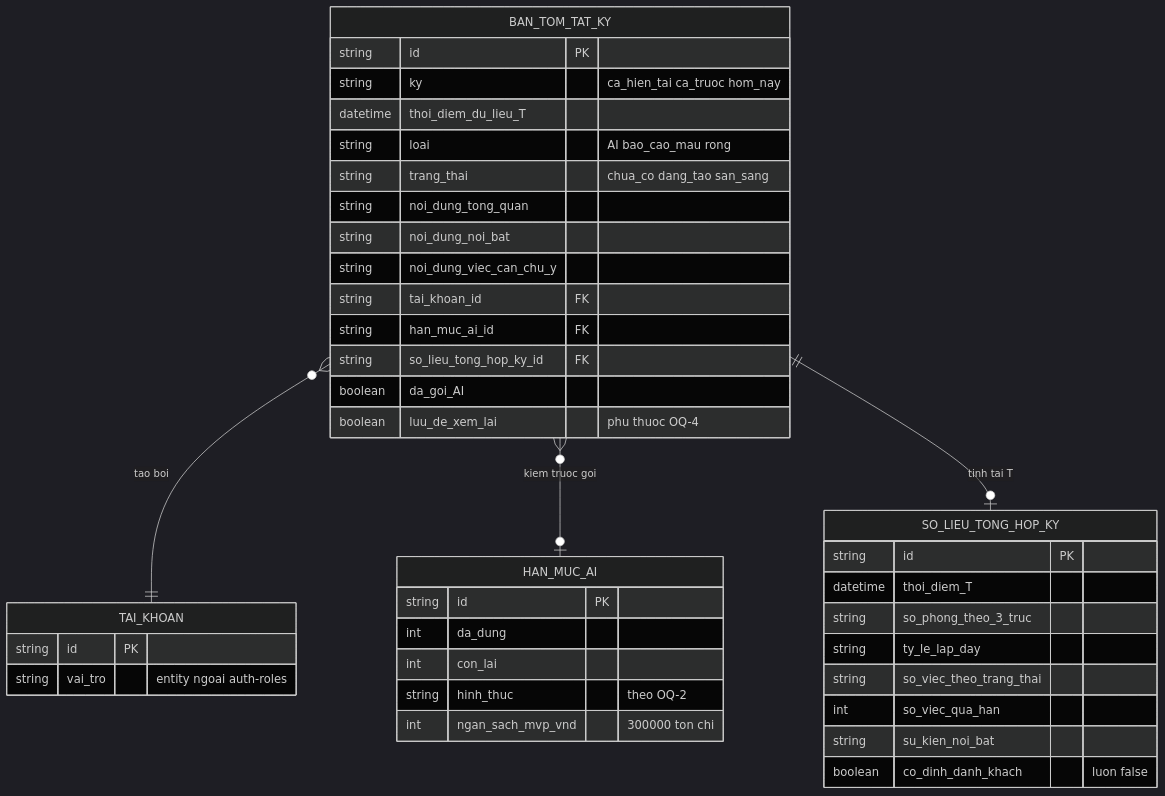
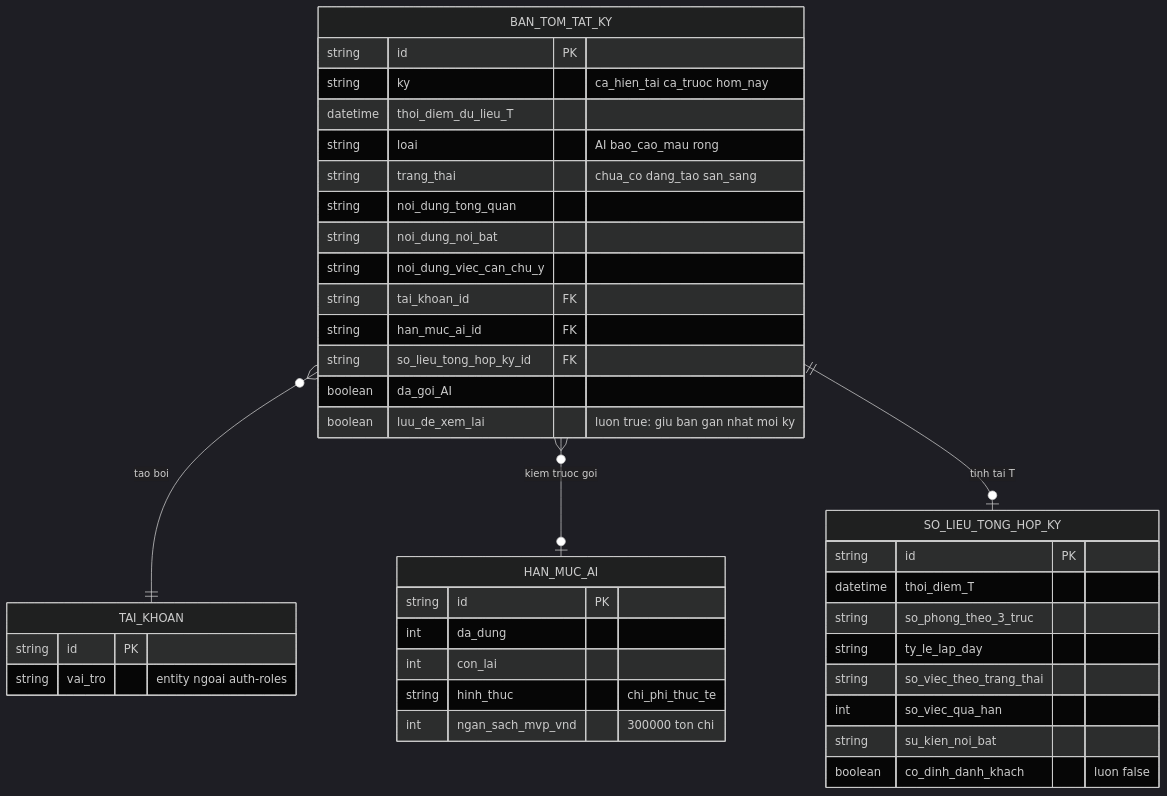
The diagram in docs/features/ai-ops-summary/srs/ai-ops-summary-erd.md (DatTran26/khachsan-di-dong), drawn with Mermaid (dark theme) before and after one commit. The commit also changed 101 other files, not shown here.

````diff
--- a/docs/features/ai-ops-summary/srs/ai-ops-summary-erd.md
+++ b/docs/features/ai-ops-summary/srs/ai-ops-summary-erd.md
@@ -11,46 +11,46 @@
 ```mermaid
 erDiagram
     BAN_TOM_TAT_KY }o--|| TAI_KHOAN : "tao boi"
     BAN_TOM_TAT_KY }o--o| HAN_MUC_AI : "kiem truoc goi"
     BAN_TOM_TAT_KY ||--o| SO_LIEU_TONG_HOP_KY : "tinh tai T"
 
     BAN_TOM_TAT_KY {
         string id PK
         string ky "ca_hien_tai ca_truoc hom_nay"
         datetime thoi_diem_du_lieu_T
         string loai "AI bao_cao_mau rong"
         string trang_thai "chua_co dang_tao san_sang"
         string noi_dung_tong_quan
         string noi_dung_noi_bat
         string noi_dung_viec_can_chu_y
         string tai_khoan_id FK
         string han_muc_ai_id FK
         string so_lieu_tong_hop_ky_id FK
         boolean da_goi_AI
-        boolean luu_de_xem_lai "phu thuoc OQ-4"
+        boolean luu_de_xem_lai "luon true: giu ban gan nhat moi ky"
     }
 
     HAN_MUC_AI {
         string id PK
         int da_dung
         int con_lai
-        string hinh_thuc "theo OQ-2"
+        string hinh_thuc "chi_phi_thuc_te"
         int ngan_sach_mvp_vnd "300000 ton chi"
     }
 
     SO_LIEU_TONG_HOP_KY {
         string id PK
         datetime thoi_diem_T
         string so_phong_theo_3_truc
         string ty_le_lap_day
         string so_viec_theo_trang_thai
         int so_viec_qua_han
         string su_kien_noi_bat
         boolean co_dinh_danh_khach "luon false"
     }
 
     TAI_KHOAN {
         string id PK
         string vai_tro "entity ngoai auth-roles"
     }
 ```
````
